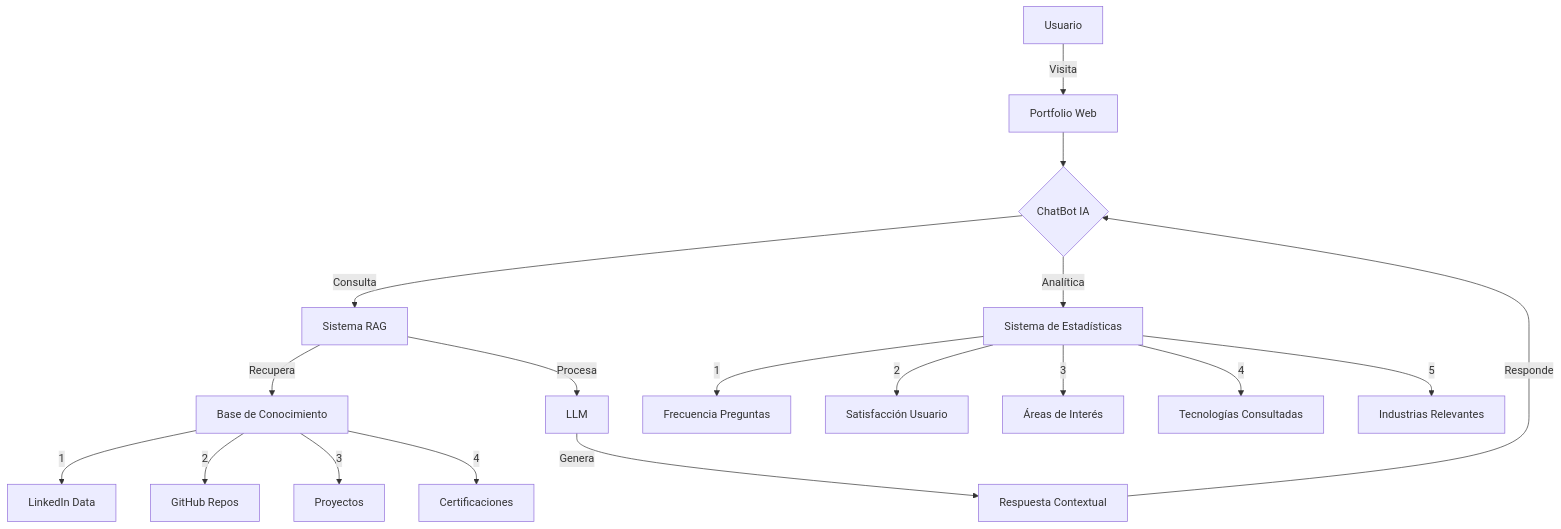
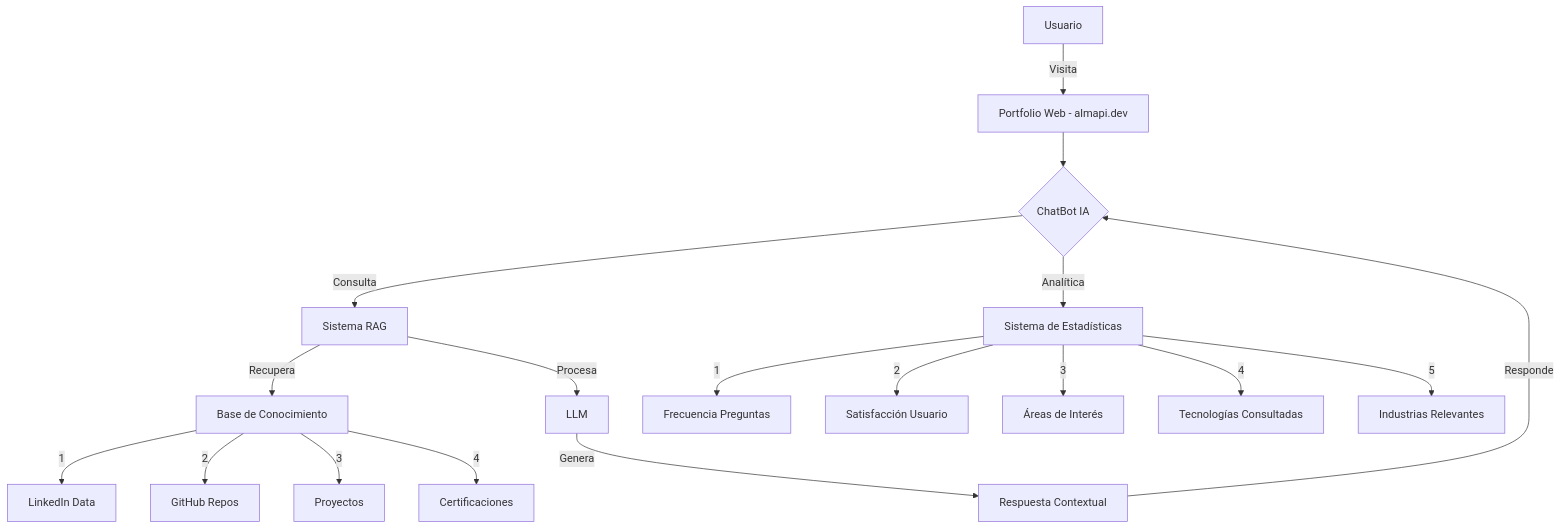
One commit to LIDR-academy/AI4Devs-finalproject changed the first of 4 diagrams in docs/PRD.md. Above: the diagram before and after it, drawn with Mermaid. The commit also changed other lines of this file and 13 other files, not shown here.

````diff
--- a/docs/PRD.md
+++ b/docs/PRD.md
@@ -10,20 +10,20 @@
 ```mermaid
 graph TD
-    A[Usuario] -->|Visita| B[Portfolio Web]
+    A[Usuario] -->|Visita| B[Portfolio Web - almapi.dev]
     B --> C{ChatBot IA}
     C -->|Consulta| D[Sistema RAG]
     D -->|Recupera| E[Base de Conocimiento]
     E -->|1| F[LinkedIn Data]
     E -->|2| G[GitHub Repos]
     E -->|3| H[Proyectos]
     E -->|4| I[Certificaciones]
     D -->|Procesa| J[LLM]
     J -->|Genera| K[Respuesta Contextual]
     K -->|Responde| C
     C -->|Analítica| L[Sistema de Estadísticas]
     L -->|1| M[Frecuencia Preguntas]
     L -->|2| N[Satisfacción Usuario]
     L -->|3| O[Áreas de Interés]
     L -->|4| P[Tecnologías Consultadas]
     L -->|5| Q[Industrias Relevantes]
 ```
````
